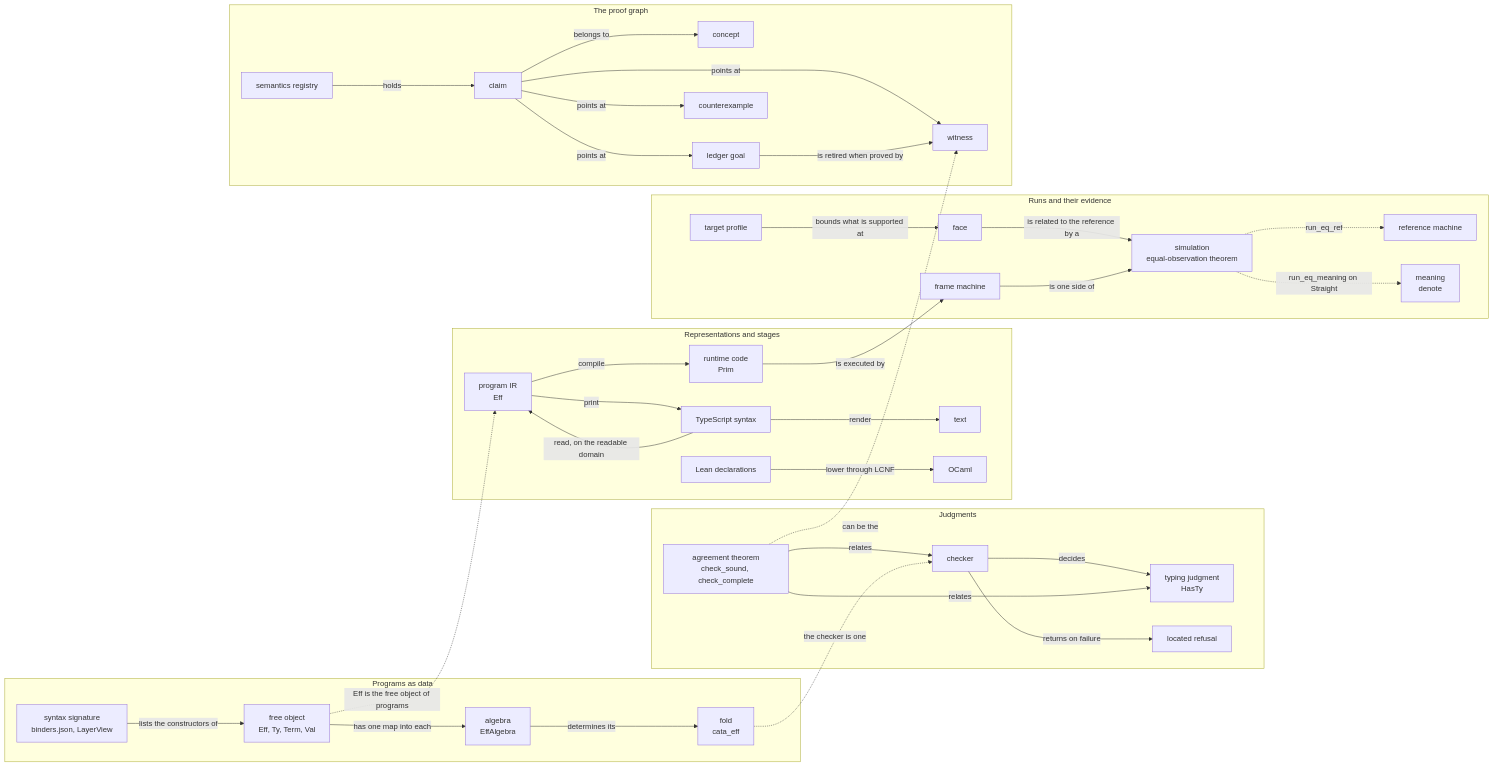
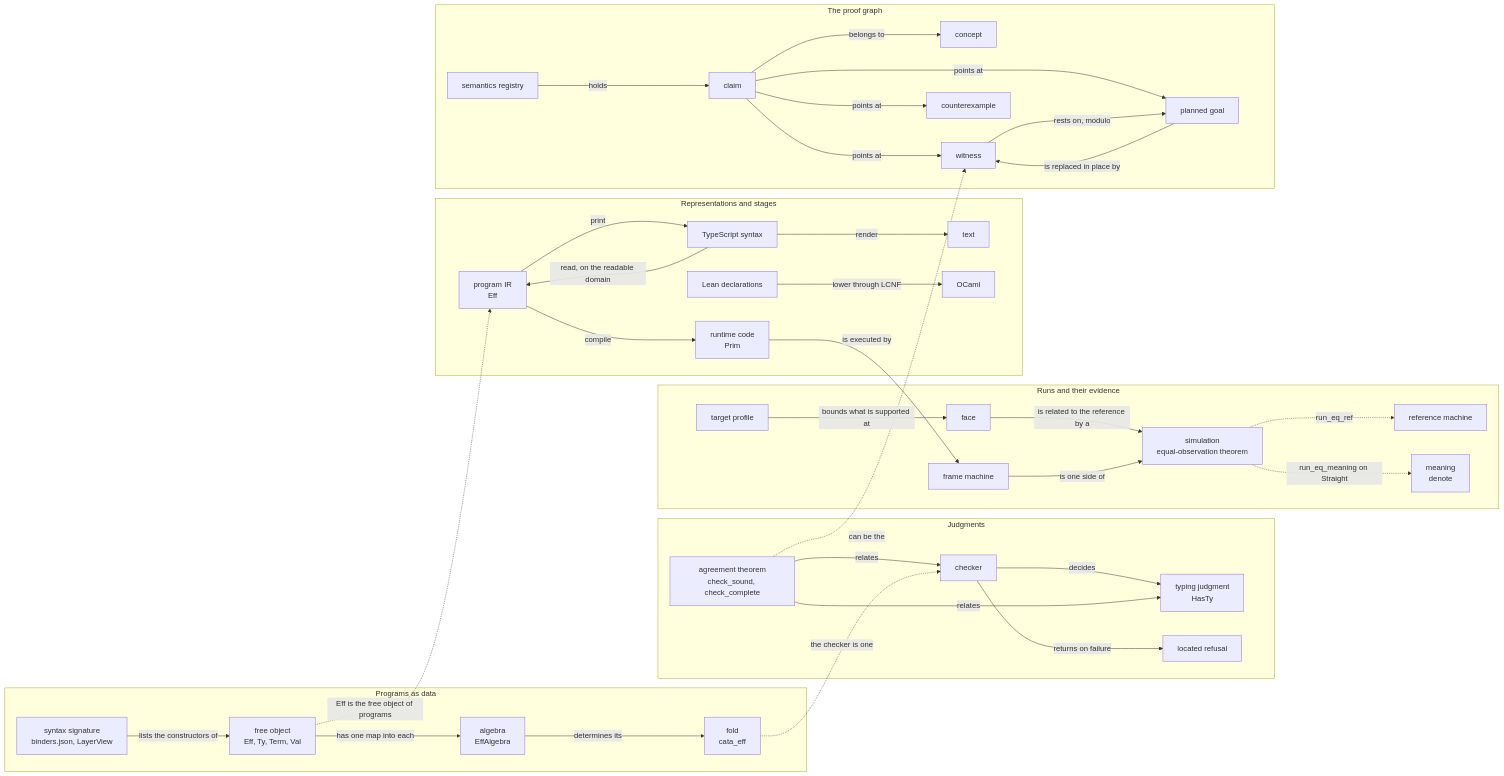
Before and after one commit to pure-algebra/lean4-effect4: the diagram in docs/core/controlled-english.md, drawn with Mermaid. The commit also changed other lines of this file and 29 other files, not shown here.

````diff
--- a/docs/core/controlled-english.md
+++ b/docs/core/controlled-english.md
@@ -597,66 +598,67 @@
 ```mermaid
 flowchart LR
   subgraph data["Programs as data"]
     SIG["syntax signature<br/>binders.json, LayerView"]
     FREE["free object<br/>Eff, Ty, Term, Val"]
     ALG["algebra<br/>EffAlgebra"]
     FOLD["fold<br/>cata_eff"]
     SIG -->|lists the constructors of| FREE
     FREE -->|has one map into each| ALG
     ALG -->|determines its| FOLD
   end
   subgraph judge["Judgments"]
     JUD["typing judgment<br/>HasTy"]
     CHK["checker"]
     AGR["agreement theorem<br/>check_sound, check_complete"]
     REF["located refusal"]
     CHK -->|decides| JUD
     AGR -->|relates| CHK
     AGR -->|relates| JUD
     CHK -->|returns on failure| REF
   end
   FOLD -.->|the checker is one| CHK
   subgraph stages["Representations and stages"]
     IR["program IR<br/>Eff"]
     TSX["TypeScript syntax"]
     TXT["text"]
     PRIM["runtime code<br/>Prim"]
     LEAN["Lean declarations"]
     OCAML["OCaml"]
     IR -->|print| TSX
     TSX -->|read, on the readable domain| IR
     TSX -->|render| TXT
     IR -->|compile| PRIM
     LEAN -->|lower through LCNF| OCAML
   end
   FREE -.->|Eff is the free object of programs| IR
   subgraph runs["Runs and their evidence"]
     PROF["target profile"]
     FACE["face"]
     SIM["simulation<br/>equal-observation theorem"]
     FRAME["frame machine"]
     REFM["reference machine"]
     MEAN["meaning<br/>denote"]
     PROF -->|bounds what is supported at| FACE
     FACE -->|is related to the reference by a| SIM
     SIM -.->|run_eq_ref| REFM
     SIM -.->|run_eq_meaning on Straight| MEAN
     FRAME -->|is one side of| SIM
   end
   PRIM -->|is executed by| FRAME
   subgraph proof["The proof graph"]
     REG["semantics registry"]
     CLAIM["claim"]
     CON["concept"]
     WIT["witness"]
-    GOAL["ledger goal"]
+    GOAL["planned goal"]
     CE["counterexample"]
     REG -->|holds| CLAIM
     CLAIM -->|belongs to| CON
     CLAIM -->|points at| WIT
     CLAIM -->|points at| GOAL
     CLAIM -->|points at| CE
-    GOAL -->|is retired when proved by| WIT
+    WIT -->|rests on, modulo| GOAL
+    GOAL -->|is replaced in place by| WIT
   end
   AGR -.->|can be the| WIT
 ```
````
